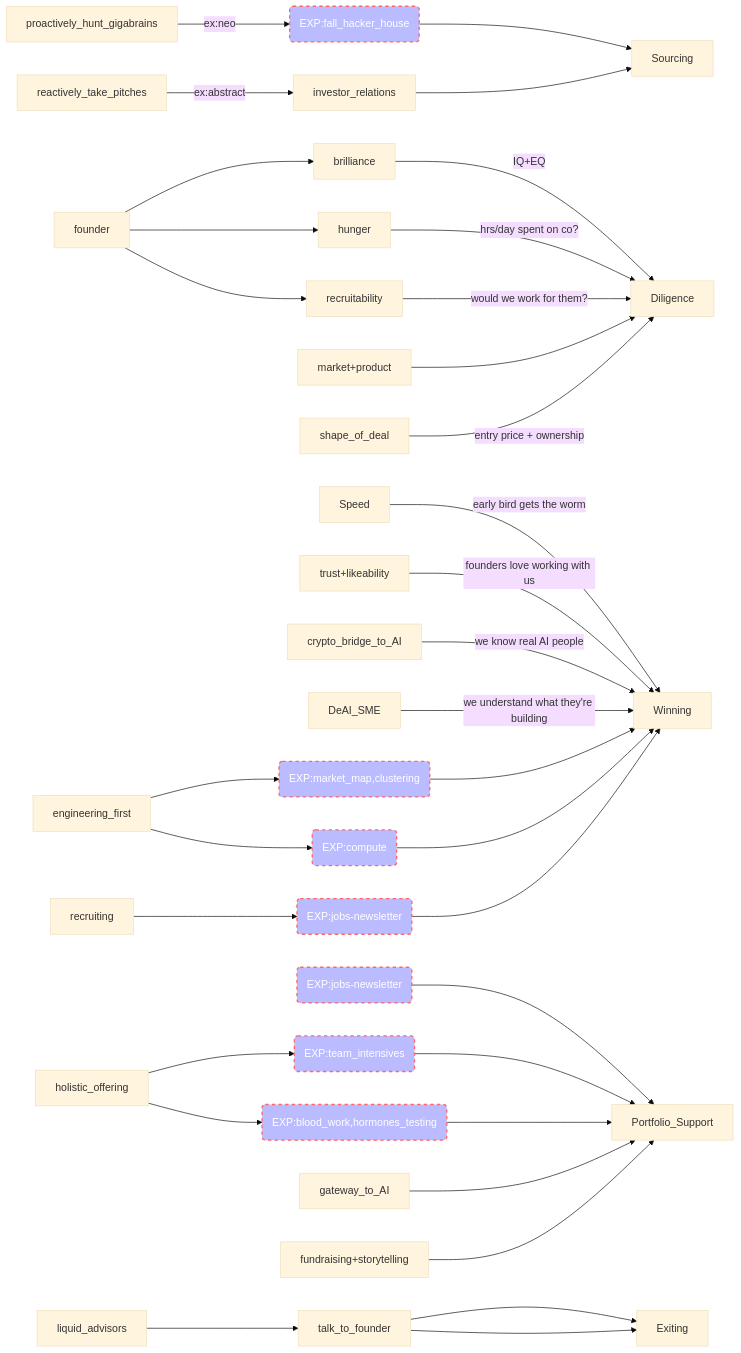
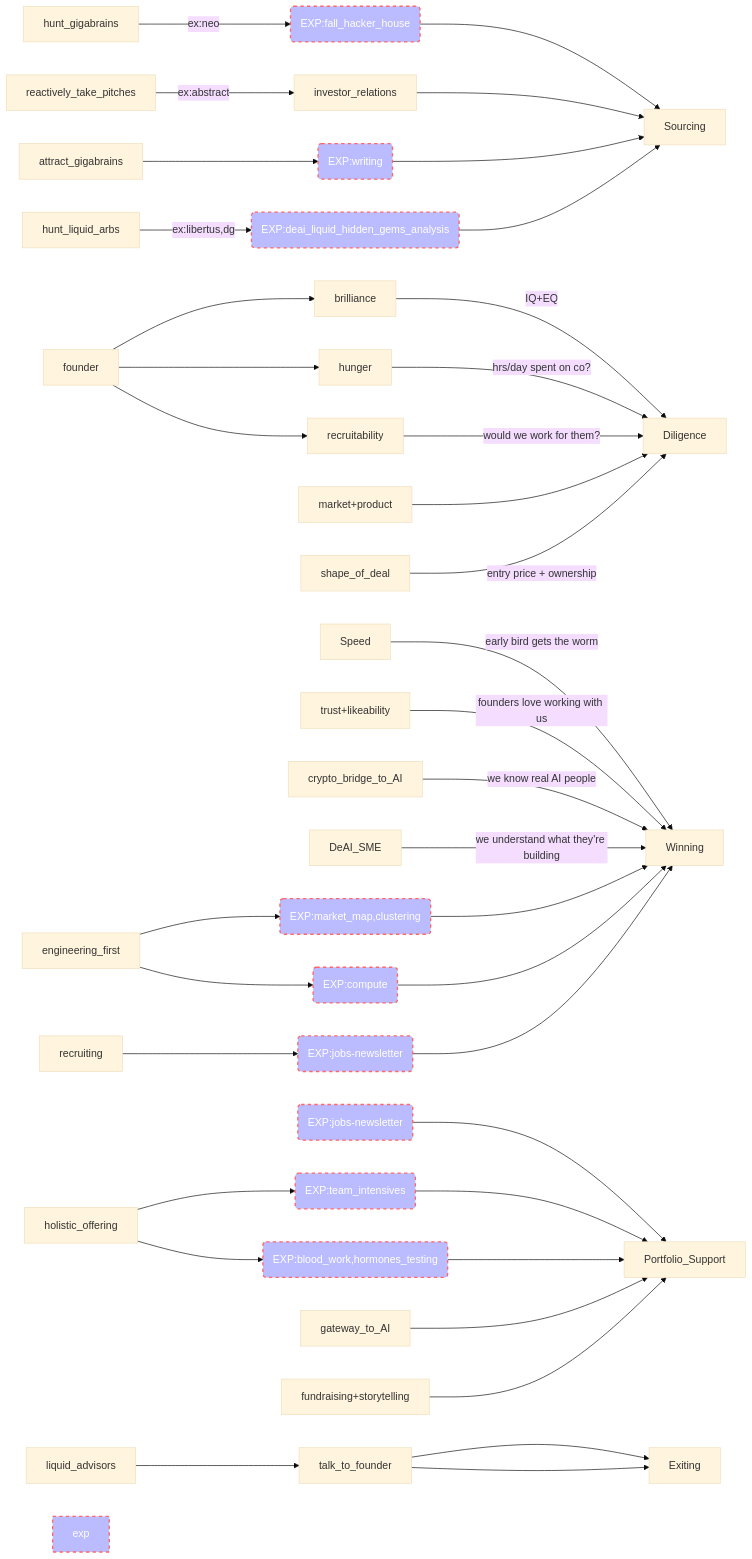
The diagram in README.md (ckathleen/topology-strategy), drawn with Mermaid (base theme) before and after one commit.

````diff
--- a/README.md
+++ b/README.md
@@ -3,35 +3,40 @@
 ```mermaid
 graph LR
-  proactively_hunt_gigabrains -- ex:neo --> exp(EXP:fall_hacker_house) --> Sourcing
+  hunt_gigabrains -- ex:neo --> exp8(EXP:fall_hacker_house) --> Sourcing
   reactively_take_pitches -- ex:abstract --> investor_relations --> Sourcing
+  attract_gigabrains --> exp6(EXP:writing) --> Sourcing
+  hunt_liquid_arbs -- ex:libertus,dg --> exp7(EXP:deai_liquid_hidden_gems_analysis) --> Sourcing
   founder --> brilliance -- IQ+EQ --> Diligence
   founder --> hunger -- hrs/day spent on co? --> Diligence
   founder --> recruitability -- would we work for them? --> Diligence
   market+product --> Diligence
   shape_of_deal -- entry price + ownership --> Diligence
   Speed -- early bird gets the worm --> Winning
   trust+likeability -- founders love working with us --> Winning
   crypto_bridge_to_AI -- we know real AI people --> Winning
   DeAI_SME -- we understand what they're building --> Winning
   engineering_first --> exp0(EXP:market_map,clustering) --> Winning
   engineering_first --> exp1(EXP:compute) --> Winning
   recruiting --> exp2(EXP:jobs-newsletter) --> Winning
   exp3(EXP:jobs-newsletter) --> Portfolio_Support
   holistic_offering --> exp4(EXP:team_intensives) --> Portfolio_Support
   holistic_offering --> exp5(EXP:blood_work,hormones_testing) --> Portfolio_Support
   gateway_to_AI --> Portfolio_Support
   fundraising+storytelling --> Portfolio_Support
   liquid_advisors --> talk_to_founder --> Exiting
   talk_to_founder --> Exiting
 
 style exp fill:#bbf,stroke:#f66,stroke-width:2px,color:#fff,stroke-dasharray: 5 5
 style exp0 fill:#bbf,stroke:#f66,stroke-width:2px,color:#fff,stroke-dasharray: 5 5
 style exp1 fill:#bbf,stroke:#f66,stroke-width:2px,color:#fff,stroke-dasharray: 5 5
 style exp2 fill:#bbf,stroke:#f66,stroke-width:2px,color:#fff,stroke-dasharray: 5 5
 style exp3 fill:#bbf,stroke:#f66,stroke-width:2px,color:#fff,stroke-dasharray: 5 5
 style exp4 fill:#bbf,stroke:#f66,stroke-width:2px,color:#fff,stroke-dasharray: 5 5
 style exp5 fill:#bbf,stroke:#f66,stroke-width:2px,color:#fff,stroke-dasharray: 5 5
+style exp6 fill:#bbf,stroke:#f66,stroke-width:2px,color:#fff,stroke-dasharray: 5 5
+style exp7 fill:#bbf,stroke:#f66,stroke-width:2px,color:#fff,stroke-dasharray: 5 5
+style exp8 fill:#bbf,stroke:#f66,stroke-width:2px,color:#fff,stroke-dasharray: 5 5
 
 
 
 ```
````
